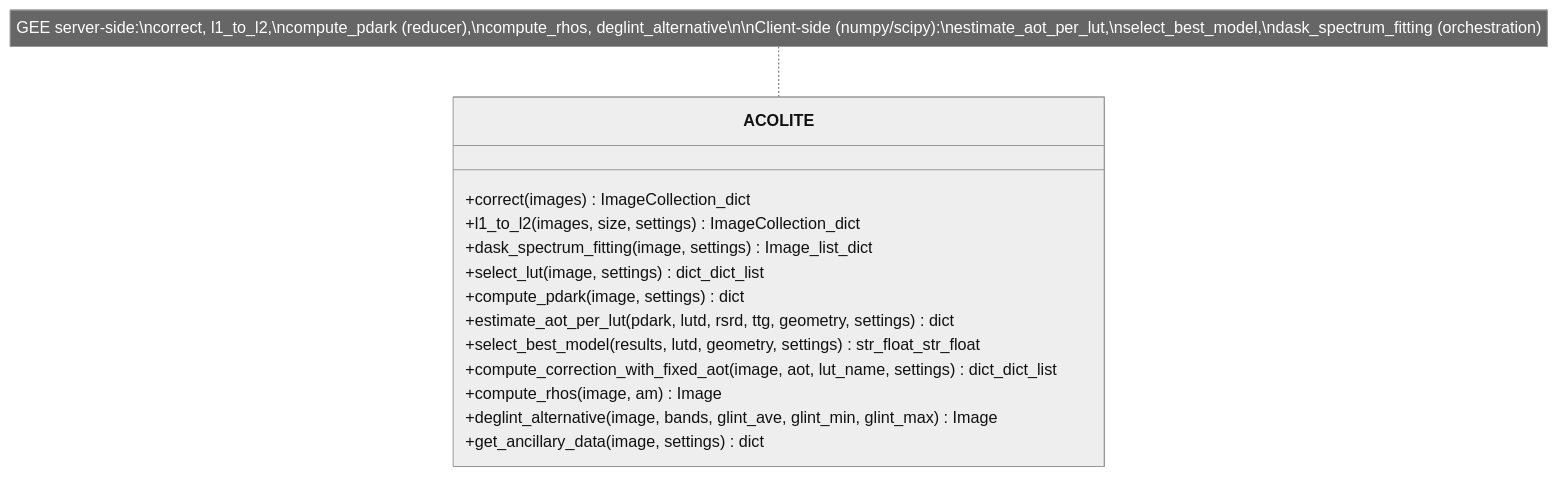
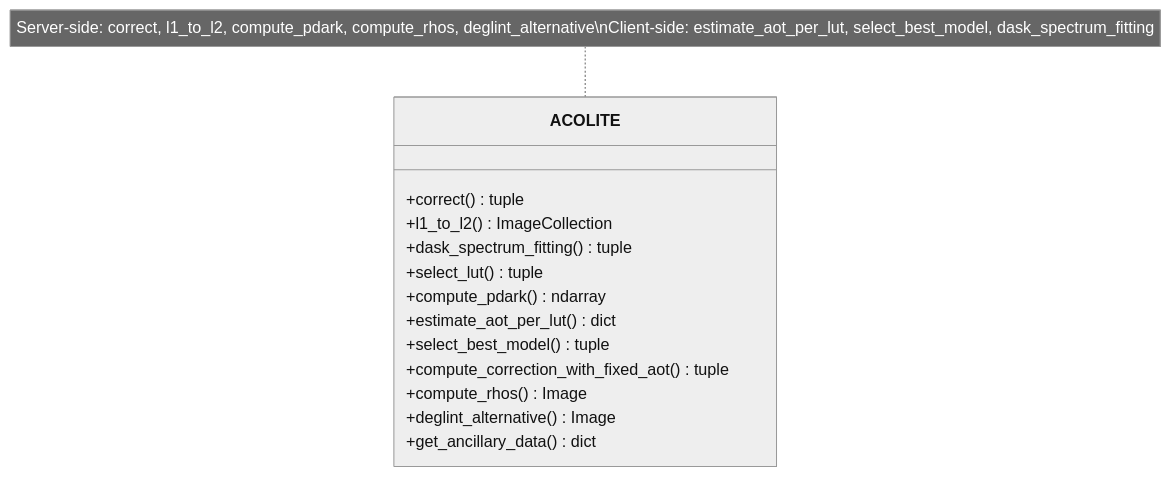
The second of 6 diagrams in docs/architecture/class_diagram.md (Aouei/gee_acolite), drawn with Mermaid (neutral theme) before and after one commit. The commit also changed other lines of this file and 3 other files, not shown here.

Commit message:
FIX error un diagrams

````diff
--- a/docs/architecture/class_diagram.md
+++ b/docs/architecture/class_diagram.md
@@ -104,18 +93,18 @@
 ```mermaid
 classDiagram
     class ACOLITE {
-        +correct(images) ImageCollection_dict
-        +l1_to_l2(images, size, settings) ImageCollection_dict
-        +dask_spectrum_fitting(image, settings) Image_list_dict
-        +select_lut(image, settings) dict_dict_list
-        +compute_pdark(image, settings) dict
-        +estimate_aot_per_lut(pdark, lutd, rsrd, ttg, geometry, settings) dict
-        +select_best_model(results, lutd, geometry, settings) str_float_str_float
-        +compute_correction_with_fixed_aot(image, aot, lut_name, settings) dict_dict_list
-        +compute_rhos(image, am) Image
-        +deglint_alternative(image, bands, glint_ave, glint_min, glint_max) Image
-        +get_ancillary_data(image, settings) dict
+        +correct() tuple
+        +l1_to_l2() ImageCollection
+        +dask_spectrum_fitting() tuple
+        +select_lut() tuple
+        +compute_pdark() ndarray
+        +estimate_aot_per_lut() dict
+        +select_best_model() tuple
+        +compute_correction_with_fixed_aot() tuple
+        +compute_rhos() Image
+        +deglint_alternative() Image
+        +get_ancillary_data() dict
     }
 
-    note for ACOLITE "GEE server-side:\ncorrect, l1_to_l2,\ncompute_pdark (reducer),\ncompute_rhos, deglint_alternative\n\nClient-side (numpy/scipy):\nestimate_aot_per_lut,\nselect_best_model,\ndask_spectrum_fitting (orchestration)"
+    note for ACOLITE "Server-side: correct, l1_to_l2, compute_pdark, compute_rhos, deglint_alternative\nClient-side: estimate_aot_per_lut, select_best_model, dask_spectrum_fitting"
 ```
````
